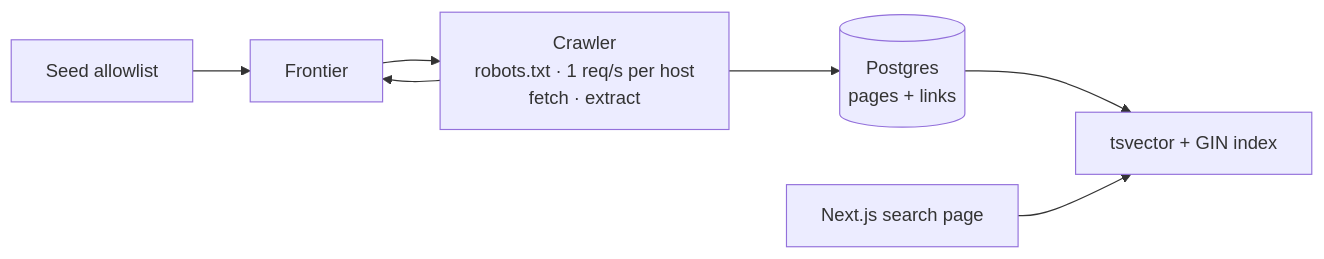
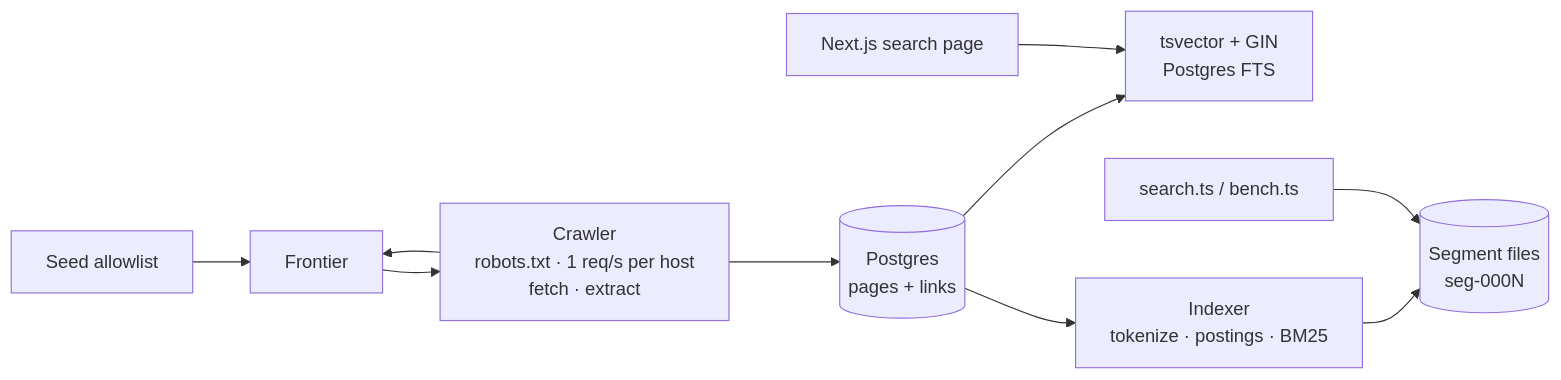
The diagram in README.md (Rza-O/provenance), drawn with Mermaid before and after one commit. The commit also changed other lines of this file and 3 other files, not shown here.

First line of the commit message:
feat(indexer): benchmark own bm25 index against postgres full-text search

````diff
--- a/README.md
+++ b/README.md
@@ -17,9 +22,12 @@
 ```mermaid
 flowchart LR
   S[Seed allowlist] --> F[Frontier]
   F --> C[Crawler<br/>robots.txt · 1 req/s per host<br/>fetch · extract]
   C --> F
   C --> P[(Postgres<br/>pages + links)]
-  P --> T[tsvector + GIN index]
+  P --> T[tsvector + GIN<br/>Postgres FTS]
+  P --> I[Indexer<br/>tokenize · postings · BM25]
+  I --> G[(Segment files<br/>seg-000N)]
   U[Next.js search page] --> T
+  Q[search.ts / bench.ts] --> G
 ```
````
